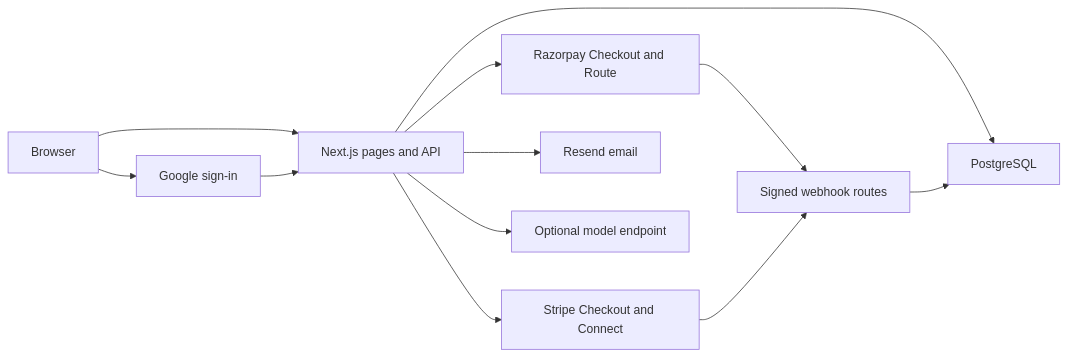
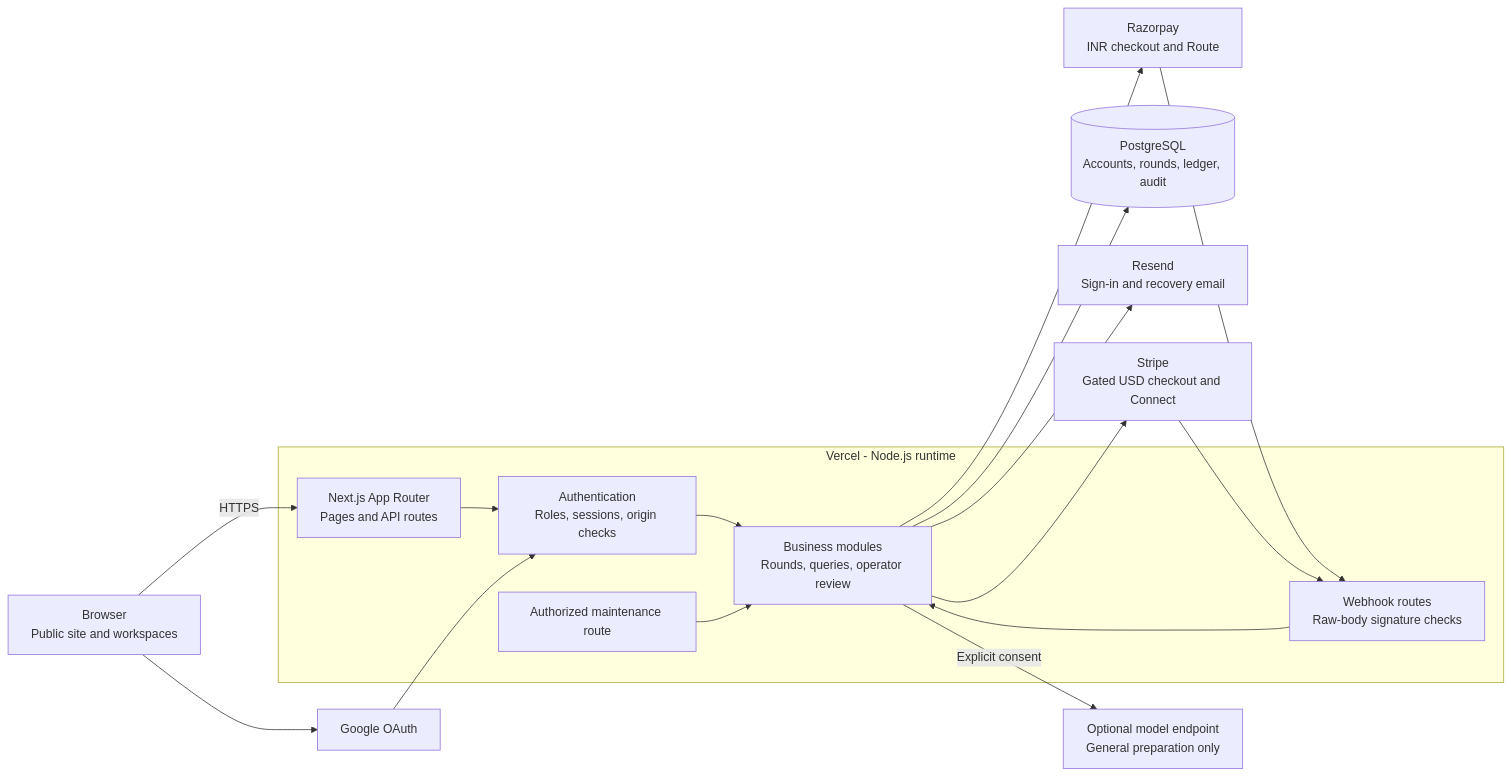
The first of 4 diagrams in README.md (kandulanikhilvarma/fairstage), drawn with Mermaid before and after one commit. The commit also changed other lines of this file and 10 other files, not shown here.

````diff
--- a/README.md
+++ b/README.md
@@ -137,14 +151,19 @@
 ```mermaid
 flowchart LR
-    B["Browser"] --> N["Next.js pages and API"]
-    N --> P["PostgreSQL"]
-    B --> G["Google sign-in"]
-    G --> N
-    N --> R["Razorpay Checkout and Route"]
-    N --> S["Stripe Checkout and Connect"]
-    R --> W["Signed webhook routes"]
-    S --> W
-    W --> P
-    N --> E["Resend email"]
-    N --> A["Optional model endpoint"]
+    Browser["Browser<br/>Public site and workspaces"] -->|HTTPS| Pages["Next.js App Router<br/>Pages and API routes"]
+    subgraph Server["Vercel - Node.js runtime"]
+        Pages --> Auth["Authentication<br/>Roles, sessions, origin checks"]
+        Auth --> Business["Business modules<br/>Rounds, queries, operator review"]
+        Hooks["Webhook routes<br/>Raw-body signature checks"] --> Business
+        Cron["Authorized maintenance route"] --> Business
+    end
+    Business --> DB[("PostgreSQL<br/>Accounts, rounds, ledger, audit")]
+    Browser --> Google["Google OAuth"]
+    Google --> Auth
+    Business --> Email["Resend<br/>Sign-in and recovery email"]
+    Business --> Razorpay["Razorpay<br/>INR checkout and Route"]
+    Business --> Stripe["Stripe<br/>Gated USD checkout and Connect"]
+    Razorpay --> Hooks
+    Stripe --> Hooks
+    Business -->|"Explicit consent"| Model["Optional model endpoint<br/>General preparation only"]
 ```
````
